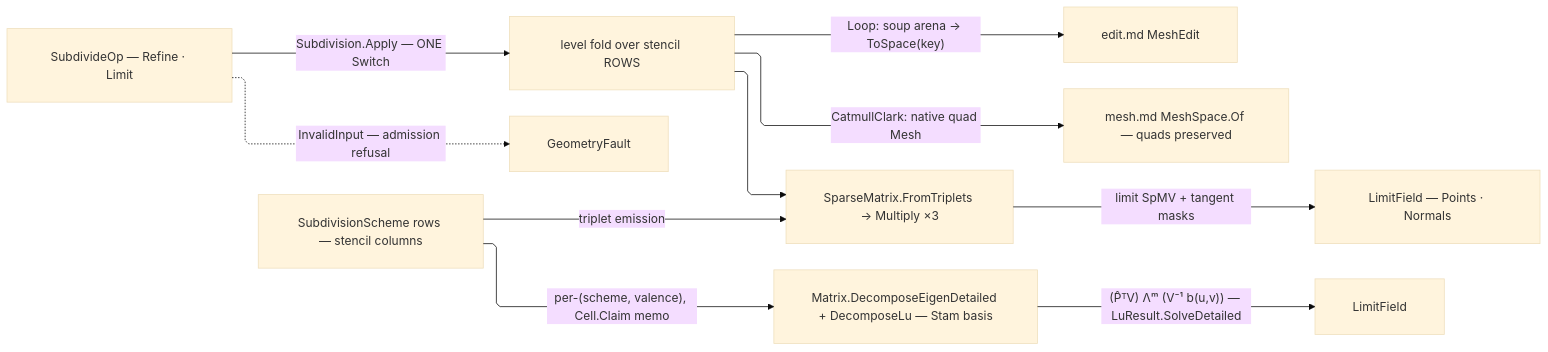
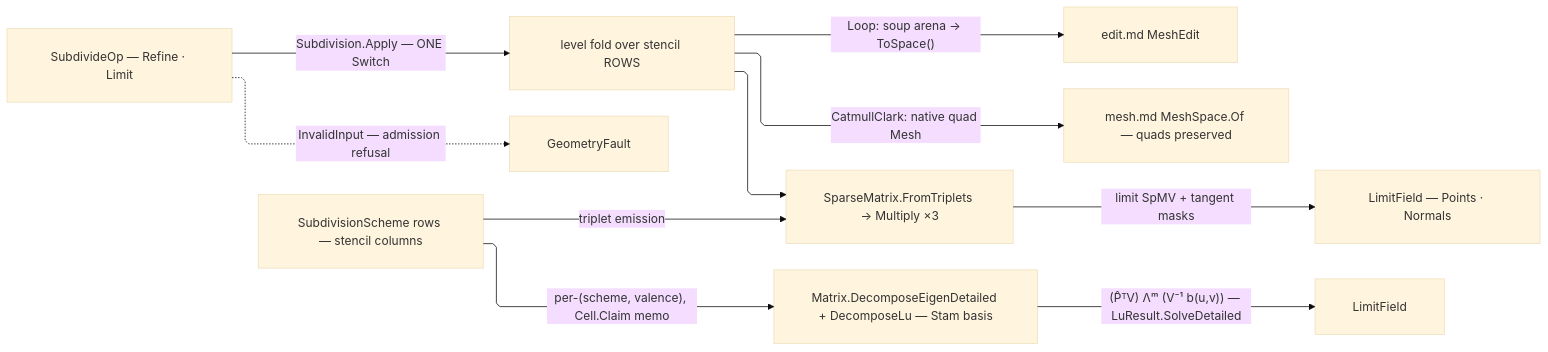
One commit to bsamiee/Rasm changed the diagram in libs/dotnet/Rasm/.planning/Parametric/subdivide.md. Above: the diagram before and after it, drawn with Mermaid (base theme). The commit also changed other lines of this file and 347 other files, not shown here.

````diff
--- a/libs/dotnet/Rasm/.planning/Parametric/subdivide.md
+++ b/libs/dotnet/Rasm/.planning/Parametric/subdivide.md
@@ -166,21 +166,21 @@
 ```mermaid
 ---
 config:
   layout: elk
   flowchart:
     curve: linear
     padding: 25
 ---
 flowchart LR
     accTitle: Subdivision refinement and limit lanes
     accDescr: SubdivideOp requests fold through one Apply over scheme stencil rows into the sparse operator, publish through the arena or MeshSpace, and the Stam eigen lane serves limit samples.
     Op["SubdivideOp — Refine · Limit"] -->|"Subdivision.Apply — ONE Switch"| Fold["level fold over stencil ROWS"]
     Scheme["SubdivisionScheme rows — stencil columns"] -->|"triplet emission"| Operator["SparseMatrix.FromTriplets → Multiply ×3"]
     Fold --> Operator
     Operator -->|"limit SpMV + tangent masks"| Columns["LimitField — Points · Normals"]
-    Fold -->|"Loop: soup arena → ToSpace(key)"| Arena["edit.md MeshEdit"]
+    Fold -->|"Loop: soup arena → ToSpace()"| Arena["edit.md MeshEdit"]
     Fold -->|"CatmullClark: native quad Mesh"| Space["mesh.md MeshSpace.Of — quads preserved"]
     Scheme -->|"per-(scheme, valence), Cell.Claim memo"| Stam["Matrix.DecomposeEigenDetailed + DecomposeLu — Stam basis"]
     Stam -->|"(P̂ᵀV) Λᵐ (V⁻¹ b(u,v)) — LuResult.SolveDetailed"| LimitField
     Op -.->|"InvalidInput — admission refusal"| GeometryFault
 ```
````
